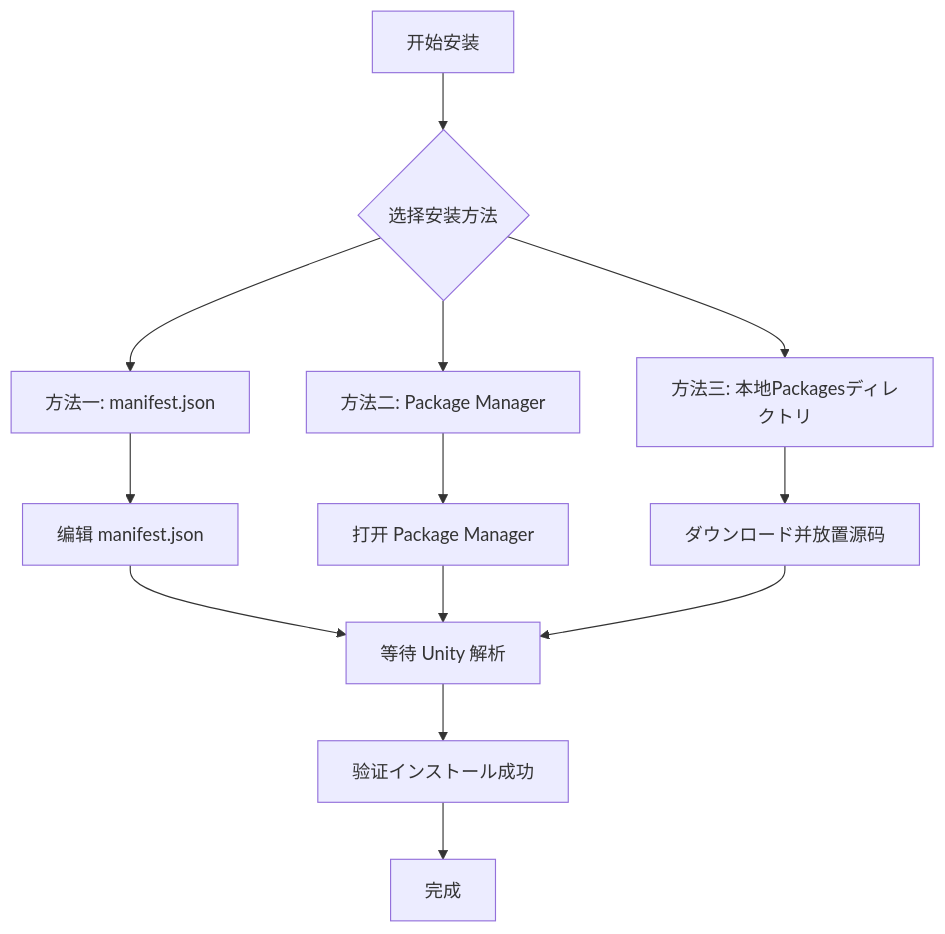
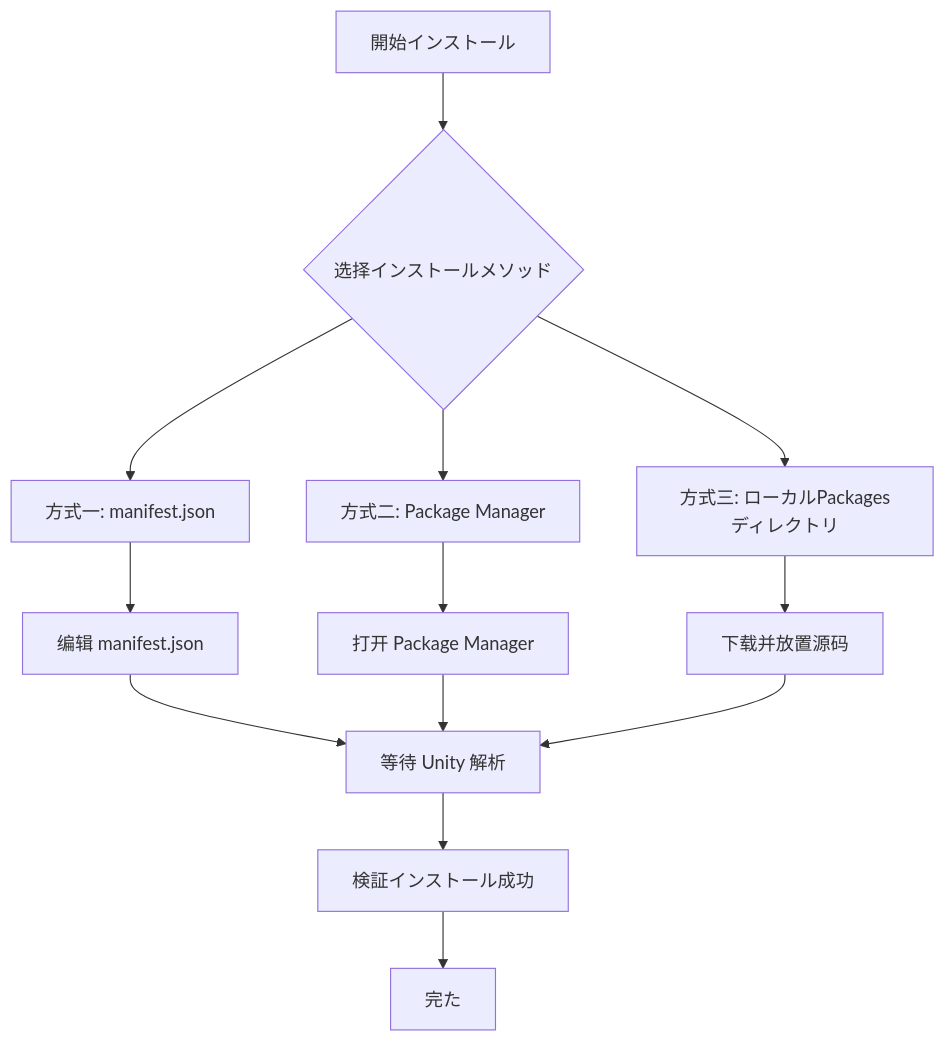
The diagram in docs/ja/client/unity/component/mono/02.installation.md (AlianBlank/GameFrameX.Docs), drawn with Mermaid before and after one commit. The commit also changed other lines of this file and 320 other files, not shown here.

````diff
--- a/docs/ja/client/unity/component/mono/02.installation.md
+++ b/docs/ja/client/unity/component/mono/02.installation.md
@@ -21,19 +21,19 @@
 ```mermaid
 flowchart TD
-    A[开始安装] --> B{选择安装方法}
+    A[開始インストール] --> B{选择インストールメソッド}
     
-    B --> C[方法一: manifest.json]
-    B --> D[方法二: Package Manager]
-    B --> E[方法三: 本地Packagesディレクトリ]
+    B --> C[方式一: manifest.json]
+    B --> D[方式二: Package Manager]
+    B --> E[方式三: ローカルPackagesディレクトリ]
     
     C --> F[编辑 manifest.json]
     D --> G[打开 Package Manager]
-    E --> H[ダウンロード并放置源码]
+    E --> H[下载并放置源码]
     
     F --> I[等待 Unity 解析]
     G --> I
     H --> I
     
-    I --> J[验证インストール成功]
-    J --> K[完成]
+    I --> J[検証インストール成功]
+    J --> K[完た]
 ```
````
